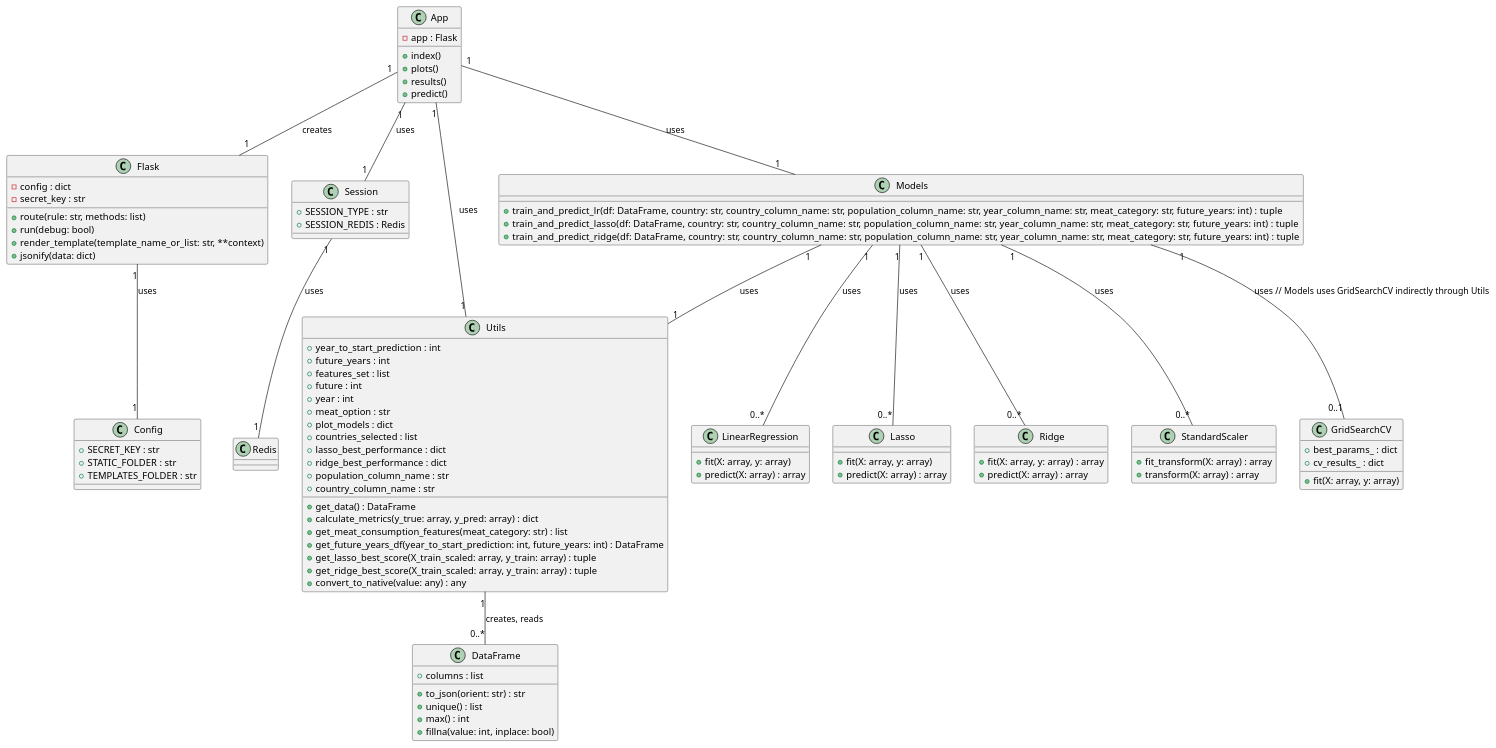
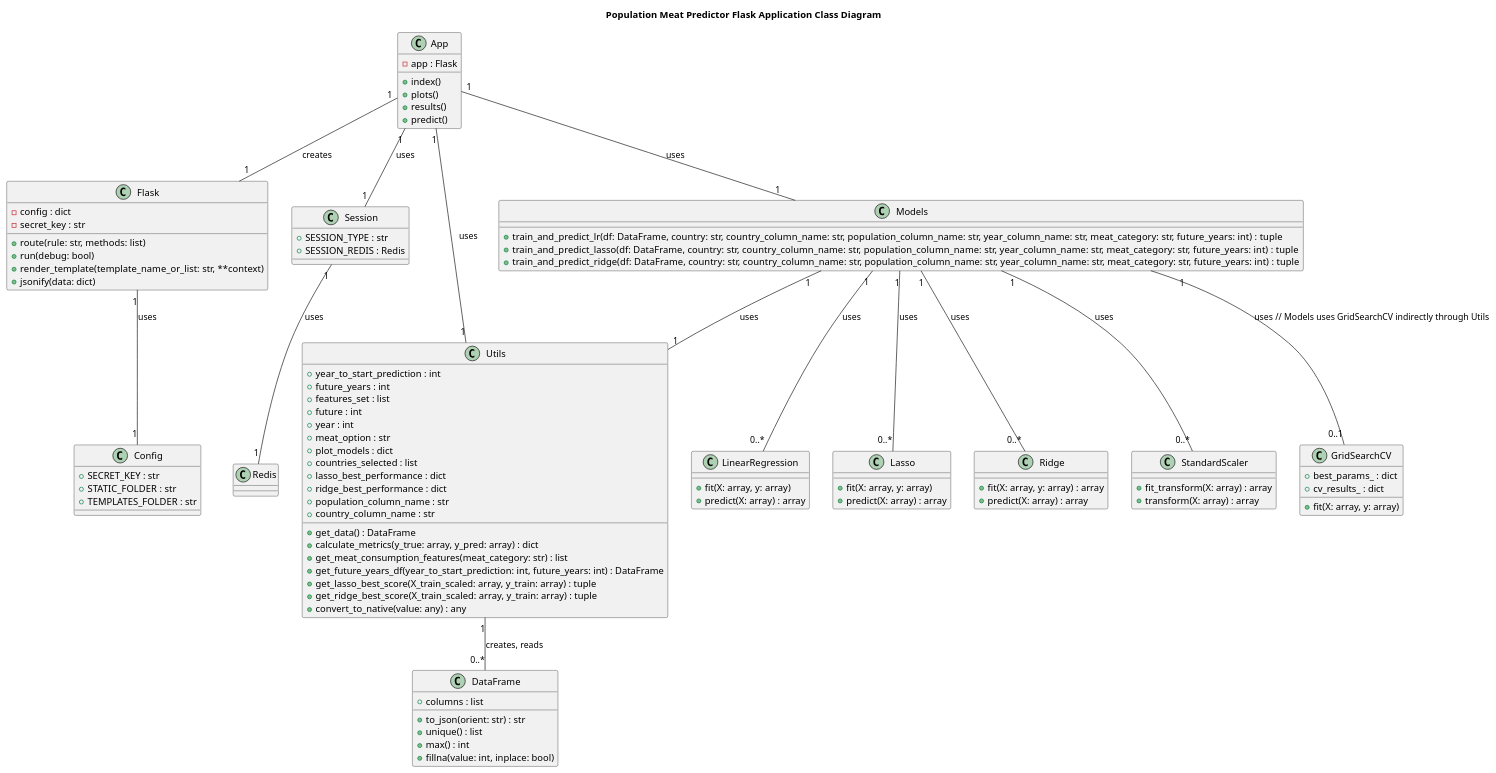
One commit to seccodingguy/Team1---Project2 changed the diagram in population-meat-predictor/architecture_diagram/class_diagram.puml. Above: the diagram before and after it, drawn with PlantUML. The commit also changed 9 other files, not shown here.

```diff
--- a/population-meat-predictor/architecture_diagram/class_diagram.puml
+++ b/population-meat-predictor/architecture_diagram/class_diagram.puml
@@ -1,109 +1,112 @@
 @startuml
+
+title Population Meat Predictor Flask Application Class Diagram
+
 class Flask {
     - config : dict
     - secret_key : str
     + route(rule: str, methods: list)
     + run(debug: bool)
     + render_template(template_name_or_list: str, **context)
     + jsonify(data: dict)
 }
 
 class Config {
     + SECRET_KEY : str
     + STATIC_FOLDER : str
     + TEMPLATES_FOLDER : str
 }
 
 class Session {
     + SESSION_TYPE : str
     + SESSION_REDIS : Redis
 }
 
 class Redis {
 }
 
 class DataFrame {
     + columns : list
     + to_json(orient: str) : str
     + unique() : list
     + max() : int
     + fillna(value: int, inplace: bool)
 }
 
 class LinearRegression {
     + fit(X: array, y: array)
     + predict(X: array) : array
 }
 
 class Lasso {
     + fit(X: array, y: array)
     + predict(X: array) : array
 }
 
 class Ridge {
     + fit(X: array, y: array) : array
     + predict(X: array) : array
 }
 
 class StandardScaler {
     + fit_transform(X: array) : array
     + transform(X: array) : array
 }
 
 class GridSearchCV {
     + fit(X: array, y: array)
     + best_params_ : dict
     + cv_results_ : dict
 }
 
 class Utils {
     + year_to_start_prediction : int
     + future_years : int
     + features_set : list
     + future : int
     + year : int
     + meat_option : str
     + plot_models : dict
     + countries_selected : list
     + lasso_best_performance : dict
     + ridge_best_performance : dict
     + population_column_name : str
     + country_column_name : str
     + get_data() : DataFrame
     + calculate_metrics(y_true: array, y_pred: array) : dict
     + get_meat_consumption_features(meat_category: str) : list
     + get_future_years_df(year_to_start_prediction: int, future_years: int) : DataFrame
     + get_lasso_best_score(X_train_scaled: array, y_train: array) : tuple
     + get_ridge_best_score(X_train_scaled: array, y_train: array) : tuple
     + convert_to_native(value: any) : any
 }
 
 class Models {
     + train_and_predict_lr(df: DataFrame, country: str, country_column_name: str, population_column_name: str, year_column_name: str, meat_category: str, future_years: int) : tuple
     + train_and_predict_lasso(df: DataFrame, country: str, country_column_name: str, population_column_name: str, year_column_name: str, meat_category: str, future_years: int) : tuple
     + train_and_predict_ridge(df: DataFrame, country: str, country_column_name: str, population_column_name: str, year_column_name: str, meat_category: str, future_years: int) : tuple
 }
 
 class App {
     - app : Flask
     + index()
     + plots()
     + results()
     + predict()
 }
 
 App "1" -- "1" Flask : creates
 Flask "1" -- "1" Config : uses
 App "1" -- "1" Utils : uses
 App "1" -- "1" Models : uses
 App "1" -- "1" Session : uses
 Session "1" -- "1" Redis : uses
 
 Models "1" -- "1" Utils : uses
 Models "1" -- "0..*" LinearRegression : uses
 Models "1" -- "0..*" Lasso : uses
 Models "1" -- "0..*" Ridge : uses
 Models "1" -- "0..*" StandardScaler : uses
 Models "1" -- "0..1" GridSearchCV : uses // Models uses GridSearchCV indirectly through Utils
 Utils "1" -- "0..*" DataFrame : creates, reads
 @enduml
```
